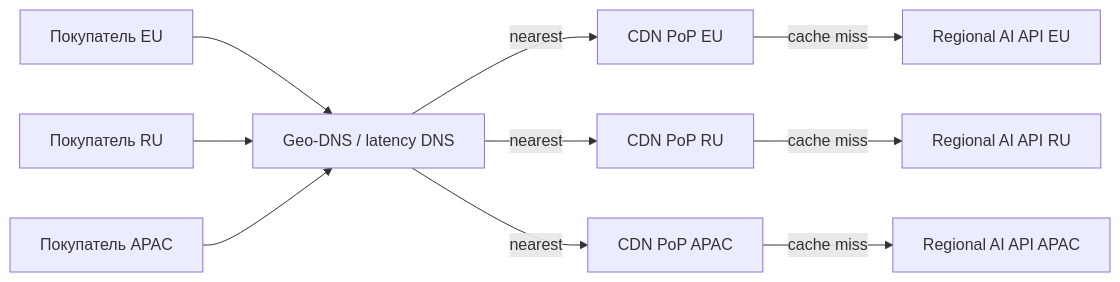
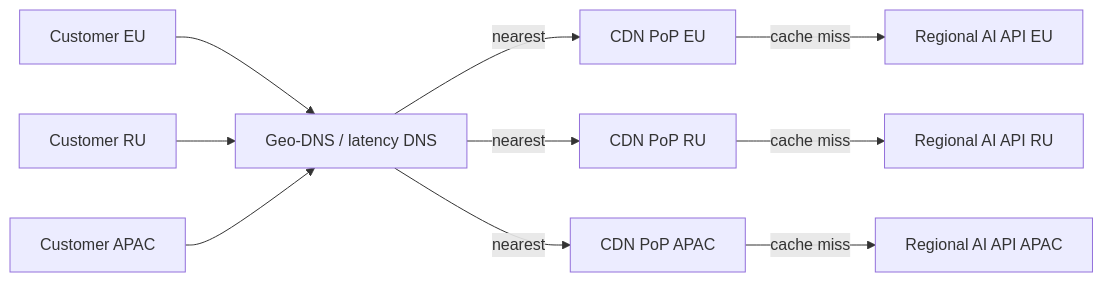
One commit to YuesIt17/yuit-docs-ai-architect changed the fourth of 7 diagrams in hw-9/docs/high-load-architecture.md. Above: the diagram before and after it, drawn with Mermaid. The commit also changed other lines of this file and 53 other files, not shown here.

First line of the commit message:
docs: translate the remaining Russian text and diagrams to English

````diff
--- a/hw-9/docs/high-load-architecture.md
+++ b/hw-9/docs/high-load-architecture.md
@@ -207,14 +207,14 @@
 ```mermaid
 flowchart LR
-  U1[Покупатель EU] --> DNS[Geo-DNS / latency DNS]
-  U2[Покупатель RU] --> DNS
-  U3[Покупатель APAC] --> DNS
+  U1[Customer EU] --> DNS[Geo-DNS / latency DNS]
+  U2[Customer RU] --> DNS
+  U3[Customer APAC] --> DNS
 
   DNS -->|nearest| E1[CDN PoP EU]
   DNS -->|nearest| E2[CDN PoP RU]
   DNS -->|nearest| E3[CDN PoP APAC]
 
   E1 -->|cache miss| R_EU[Regional AI API EU]
   E2 -->|cache miss| R_RU[Regional AI API RU]
   E3 -->|cache miss| R_APAC[Regional AI API APAC]
 ```
````
